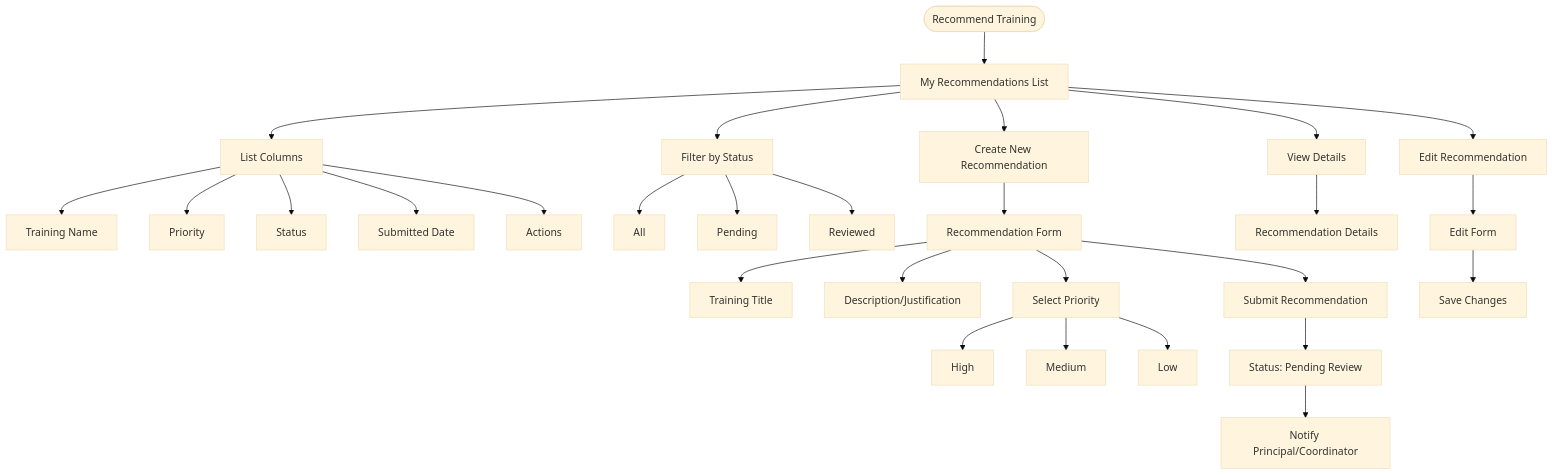
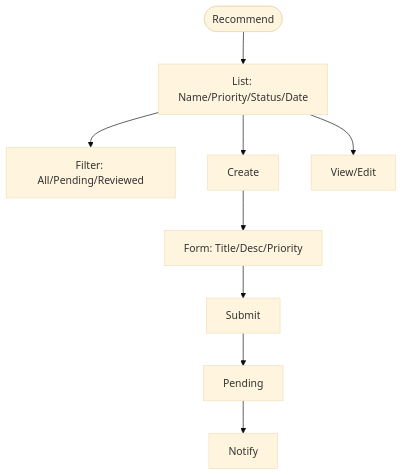
Diagram 20 of 49 in TRAINING_CALENDAR_FLOW_DIAGRAMS.md (gunjangupta-gh/placeintern), drawn with Mermaid (base theme) before and after one commit. The commit also changed other lines of this file and 6 other files, not shown here.

````diff
--- a/TRAINING_CALENDAR_FLOW_DIAGRAMS.md
+++ b/TRAINING_CALENDAR_FLOW_DIAGRAMS.md
@@ -749,37 +300,7 @@
 ```mermaid
 flowchart TD
-    RECOMMEND([Recommend Training]) --> LIST[My Recommendations List]
-
-    LIST --> COLS[List Columns]
-    COLS --> TRAINING_NAME[Training Name]
-    COLS --> PRIORITY[Priority]
-    COLS --> STATUS[Status]
-    COLS --> SUBMITTED[Submitted Date]
-    COLS --> ACTIONS[Actions]
-
-    LIST --> FILTERS[Filter by Status]
-    FILTERS --> ALL[All]
-    FILTERS --> PENDING[Pending]
-    FILTERS --> REVIEWED[Reviewed]
-
-    LIST --> CREATE[Create New Recommendation]
-    CREATE --> FORM[Recommendation Form]
-
-    FORM --> TITLE[Training Title]
-    FORM --> DESC[Description/Justification]
-    FORM --> PRIORITY_SEL[Select Priority]
-    PRIORITY_SEL --> HIGH[High]
-    PRIORITY_SEL --> MEDIUM[Medium]
-    PRIORITY_SEL --> LOW[Low]
-
-    FORM --> SUBMIT[Submit Recommendation]
-    SUBMIT --> PENDING_STATUS[Status: Pending Review]
-    PENDING_STATUS --> NOTIFY[Notify Principal/Coordinator]
-
-    LIST --> VIEW[View Details]
-    VIEW --> DETAIL_PAGE[Recommendation Details]
-
-    LIST --> EDIT[Edit Recommendation]
-    EDIT --> EDIT_FORM[Edit Form]
-    EDIT_FORM --> SAVE[Save Changes]
+    A([Recommend])-->B[List: Name/Priority/Status/Date]
+    B-->C[Filter: All/Pending/Reviewed]
+    B-->D[Create]-->E[Form: Title/Desc/Priority]-->F[Submit]-->G[Pending]-->H[Notify]
+    B-->I[View/Edit]
 ```
````
